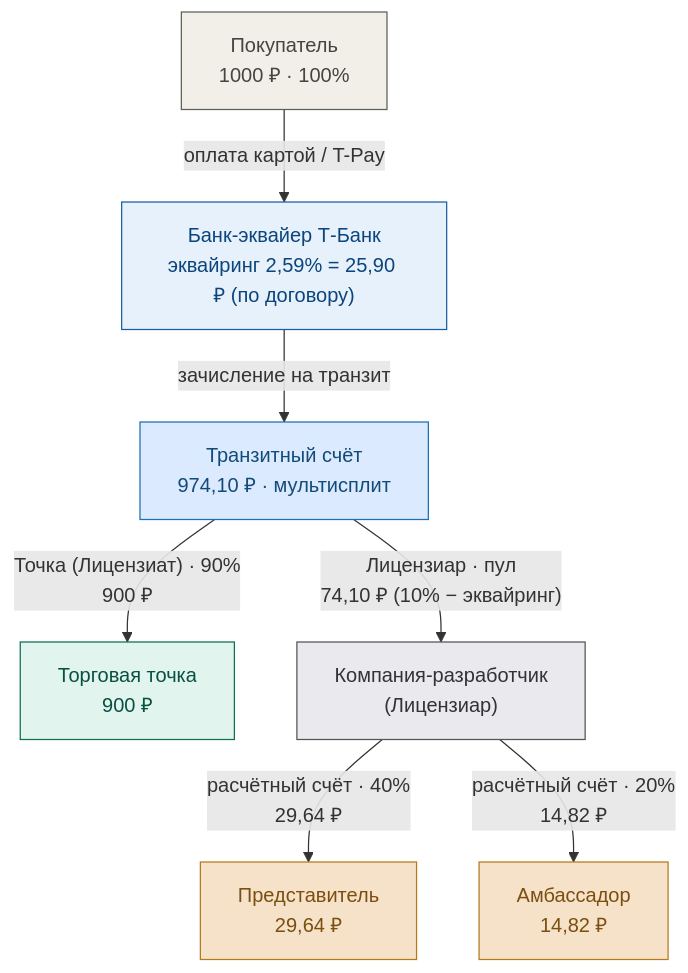
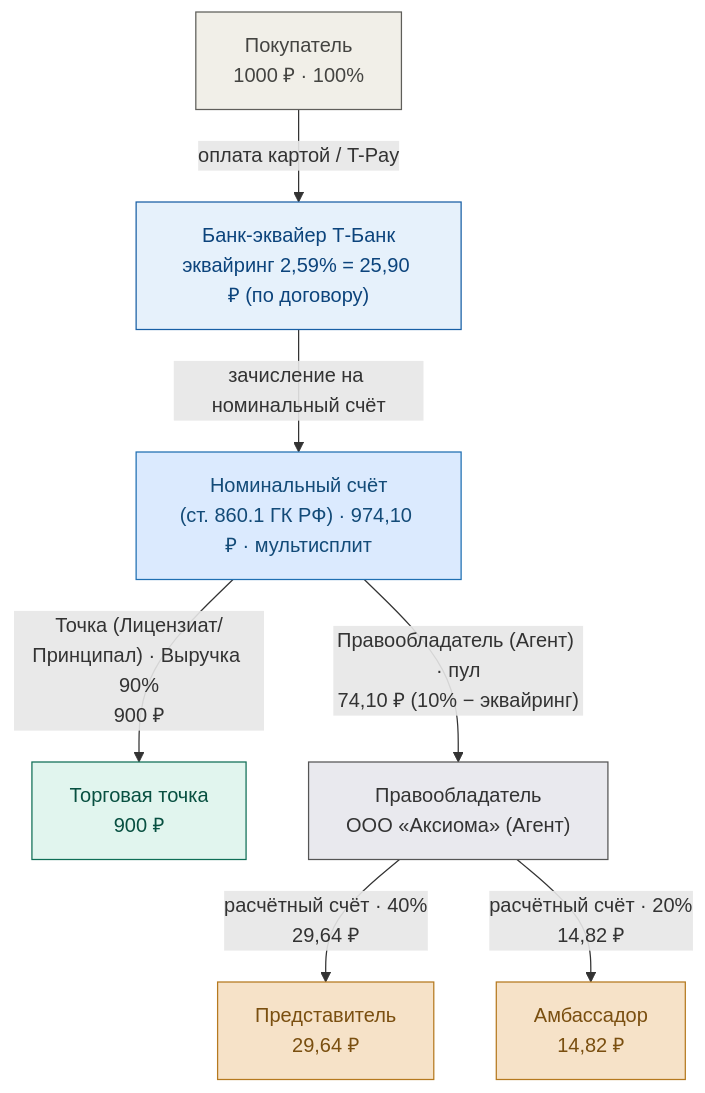
Before and after one commit to axiiom-ru/lovii: the first of 3 diagrams in docs/money_flow_public.md, drawn with Mermaid. The commit also changed other lines of this file, not shown here.

````diff
--- a/docs/money_flow_public.md
+++ b/docs/money_flow_public.md
@@ -38,17 +51,17 @@
 ```mermaid
 flowchart TD
     P["Покупатель<br/>1000 ₽ · 100%"] -->|"оплата картой / T-Pay"| B["Банк-эквайер Т-Банк<br/>эквайринг 2,59% = 25,90 ₽ (по договору)"]
-    B -->|"зачисление на транзит"| T["Транзитный счёт<br/>974,10 ₽ · мультисплит"]
-    T -->|"Точка (Лицензиат) · 90%<br/>900 ₽"| S["Торговая точка<br/>900 ₽"]
-    T -->|"Лицензиар · пул<br/>74,10 ₽ (10% − эквайринг)"| C["Компания-разработчик<br/>(Лицензиар)"]
+    B -->|"зачисление на номинальный счёт"| T["Номинальный счёт<br/>(ст. 860.1 ГК РФ) · 974,10 ₽ · мультисплит"]
+    T -->|"Точка (Лицензиат/Принципал) · Выручка 90%<br/>900 ₽"| S["Торговая точка<br/>900 ₽"]
+    T -->|"Правообладатель (Агент) · пул<br/>74,10 ₽ (10% − эквайринг)"| C["Правообладатель<br/>ООО «Аксиома» (Агент)"]
     C -->|"расчётный счёт · 40%<br/>29,64 ₽"| R["Представитель<br/>29,64 ₽"]
     C -->|"расчётный счёт · 20%<br/>14,82 ₽"| A["Амбассадор<br/>14,82 ₽"]
 
     classDef buyer fill:#f1efe8,stroke:#5f5e5a,color:#444441;
     classDef bank fill:#e6f1fb,stroke:#185fa5,color:#0c447c;
     classDef transit fill:#dbeafe,stroke:#1f6fb2,color:#134b78;
     classDef shop fill:#e1f5ee,stroke:#0f6e56,color:#085041;
     classDef dev fill:#e9e9ee,stroke:#555,color:#333;
     classDef rep fill:#f6e2c8,stroke:#b5791f,color:#7a4f10;
     class P buyer; class B bank; class T transit; class S shop; class C dev; class R rep; class A rep;
 ```
````
